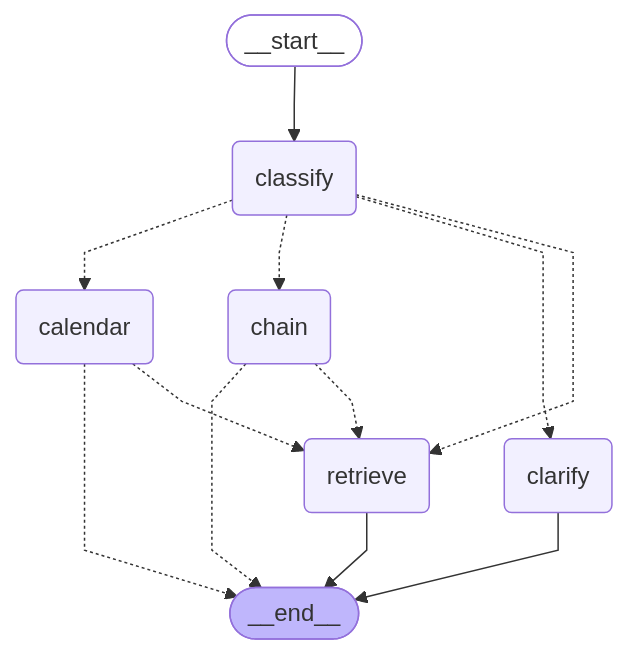
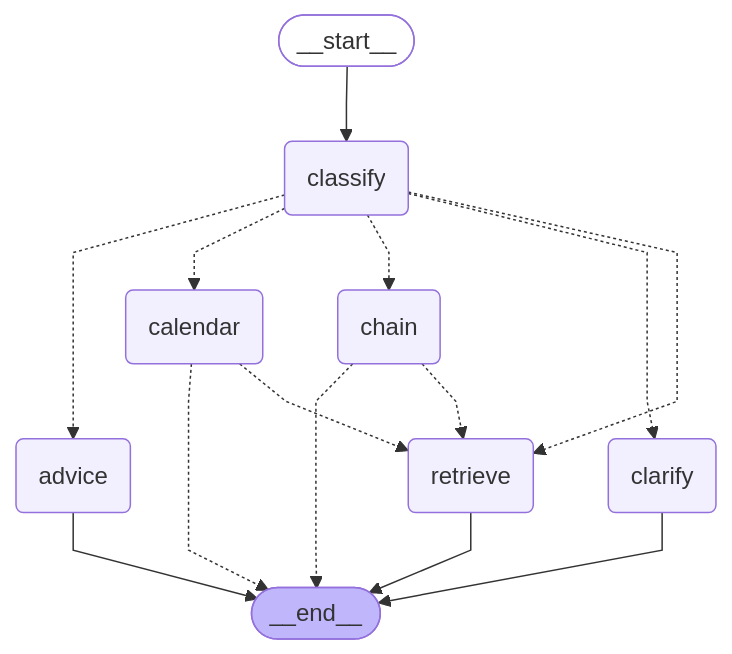
One commit to medrees-1000/city-tech-assistant changed the diagram in docs/architecture.md. Above: the diagram before and after it, drawn with Mermaid. The commit also changed 9 other files, not shown here.

````diff
--- a/docs/architecture.md
+++ b/docs/architecture.md
@@ -7,29 +7,32 @@
 ```mermaid
 ---
 config:
   flowchart:
     curve: linear
 ---
 graph TD;
 	__start__([<p>__start__</p>]):::first
 	classify(classify)
 	clarify(clarify)
+	advice(advice)
 	calendar(calendar)
 	chain(chain)
 	retrieve(retrieve)
 	__end__([<p>__end__</p>]):::last
 	__start__ --> classify;
 	calendar -.-> __end__;
 	calendar -.-> retrieve;
 	chain -.-> __end__;
 	chain -.-> retrieve;
+	classify -.-> advice;
 	classify -.-> calendar;
 	classify -.-> chain;
 	classify -.-> clarify;
 	classify -.-> retrieve;
+	advice --> __end__;
 	clarify --> __end__;
 	retrieve --> __end__;
 	classDef default fill:#f2f0ff,line-height:1.2
 	classDef first fill-opacity:0
 	classDef last fill:#bfb6fc
 ```
````
